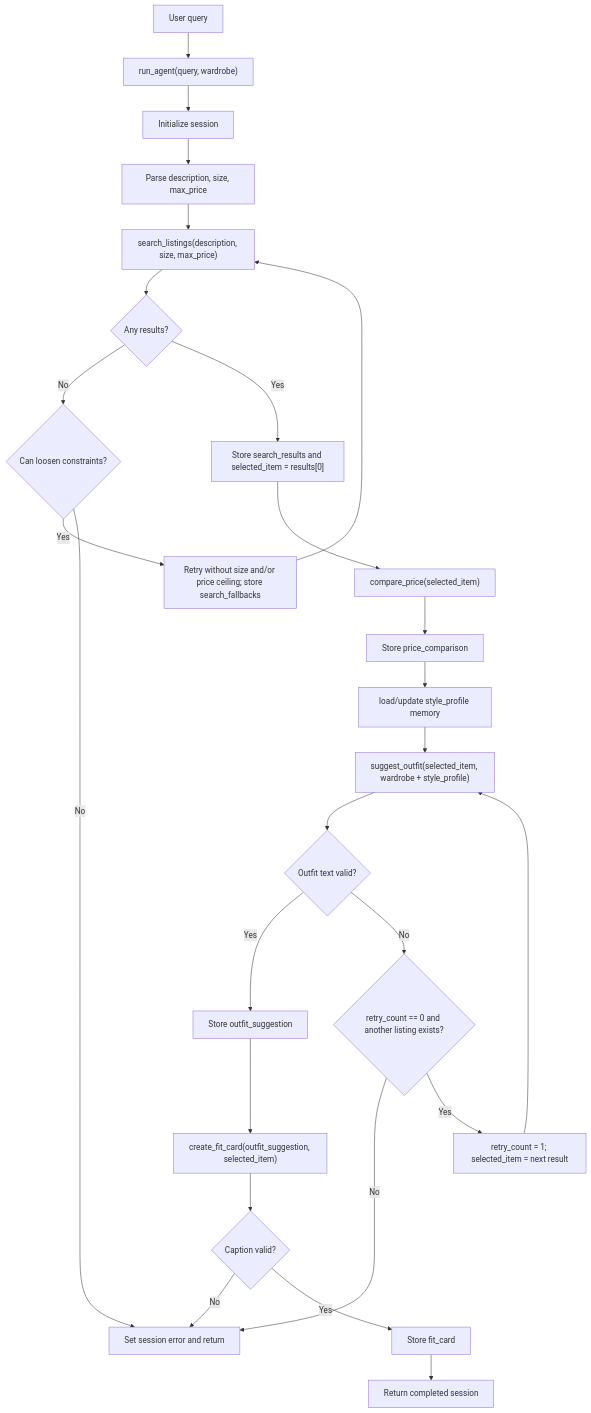
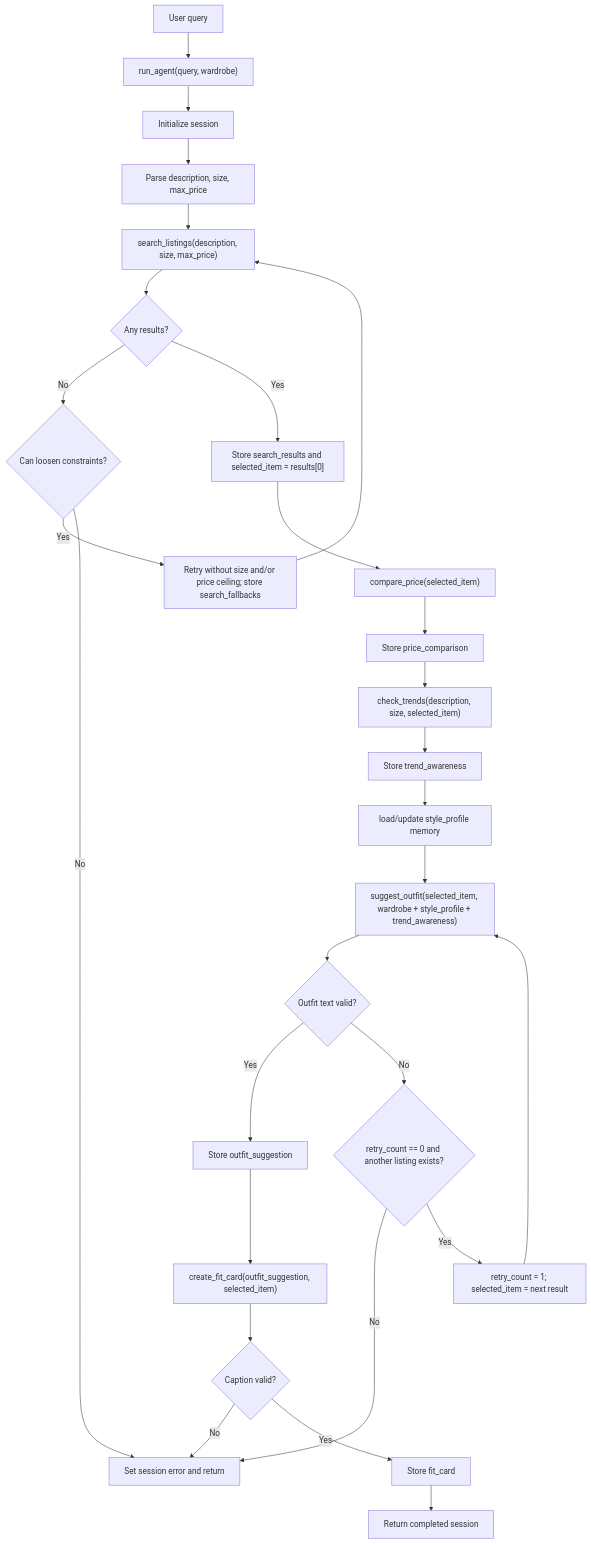
One commit to adhi7200/ai201-project2-fitfindr-starter changed the diagram in planning.md. Above: the diagram before and after it, drawn with Mermaid. The commit also changed other lines of this file and 8 other files, not shown here.

Commit message:
Completed trend awareness and polished README

````diff
--- a/planning.md
+++ b/planning.md
@@ -261,28 +295,30 @@
 ```mermaid
 flowchart TB
     A["User query"] --> B["run_agent(query, wardrobe)"]
     B --> C["Initialize session"]
     C --> D["Parse description, size, max_price"]
     D --> E["search_listings(description, size, max_price)"]
     E --> F{"Any results?"}
     F -- "No" --> F1{"Can loosen constraints?"}
     F1 -- "Yes" --> F2["Retry without size and/or price ceiling; store search_fallbacks"]
     F2 --> E
     F1 -- "No" --> X["Set session error and return"]
     F -- "Yes" --> G["Store search_results and selected_item = results[0]"]
     G --> G1["compare_price(selected_item)"]
     G1 --> G2["Store price_comparison"]
-    G2 --> G3["load/update style_profile memory"]
-    G3 --> H["suggest_outfit(selected_item, wardrobe + style_profile)"]
+    G2 --> G3["check_trends(description, size, selected_item)"]
+    G3 --> G4["Store trend_awareness"]
+    G4 --> G5["load/update style_profile memory"]
+    G5 --> H["suggest_outfit(selected_item, wardrobe + style_profile + trend_awareness)"]
     H --> I{"Outfit text valid?"}
     I -- "Yes" --> J["Store outfit_suggestion"]
     I -- "No" --> K{"retry_count == 0 and another listing exists?"}
     K -- "No" --> X
     K -- "Yes" --> L["retry_count = 1; selected_item = next result"]
     L --> H
     J --> M["create_fit_card(outfit_suggestion, selected_item)"]
     M --> N{"Caption valid?"}
     N -- "No" --> X
     N -- "Yes" --> O["Store fit_card"]
     O --> P["Return completed session"]
 ```
````
